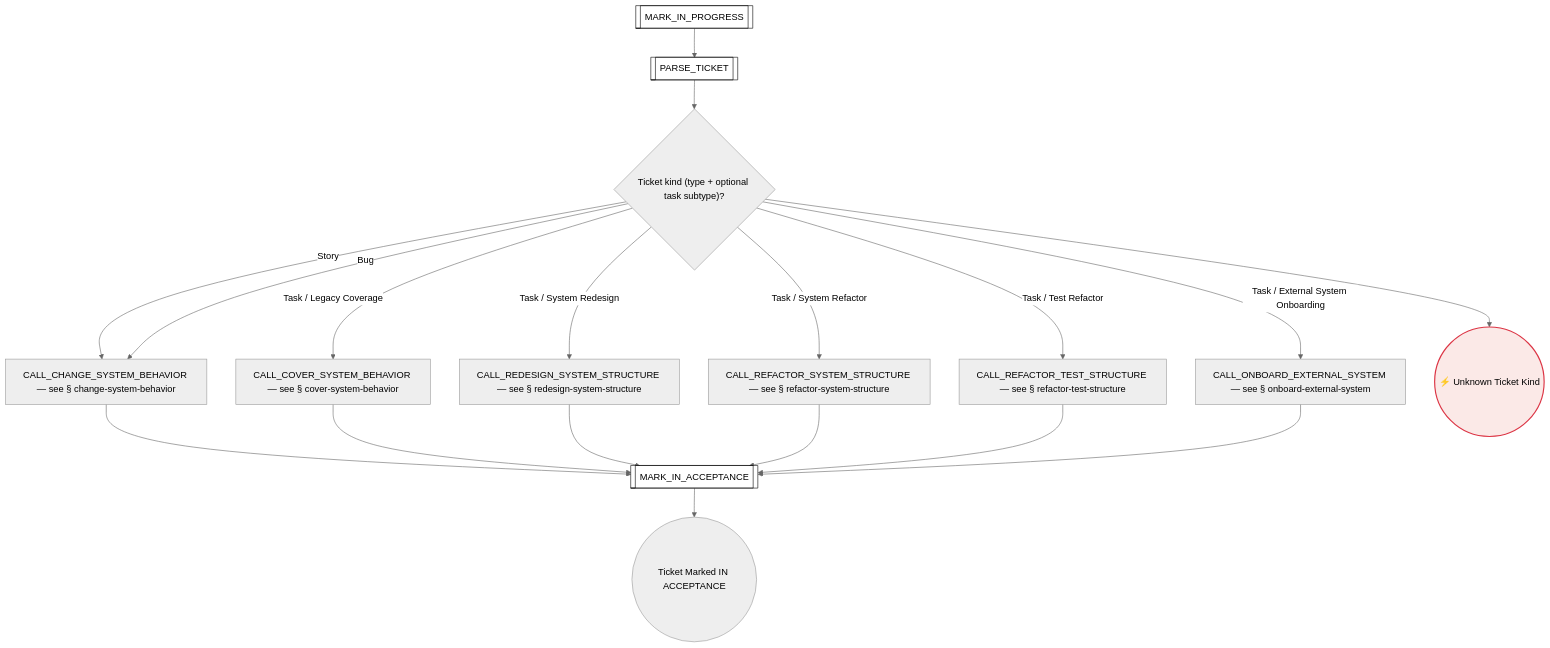
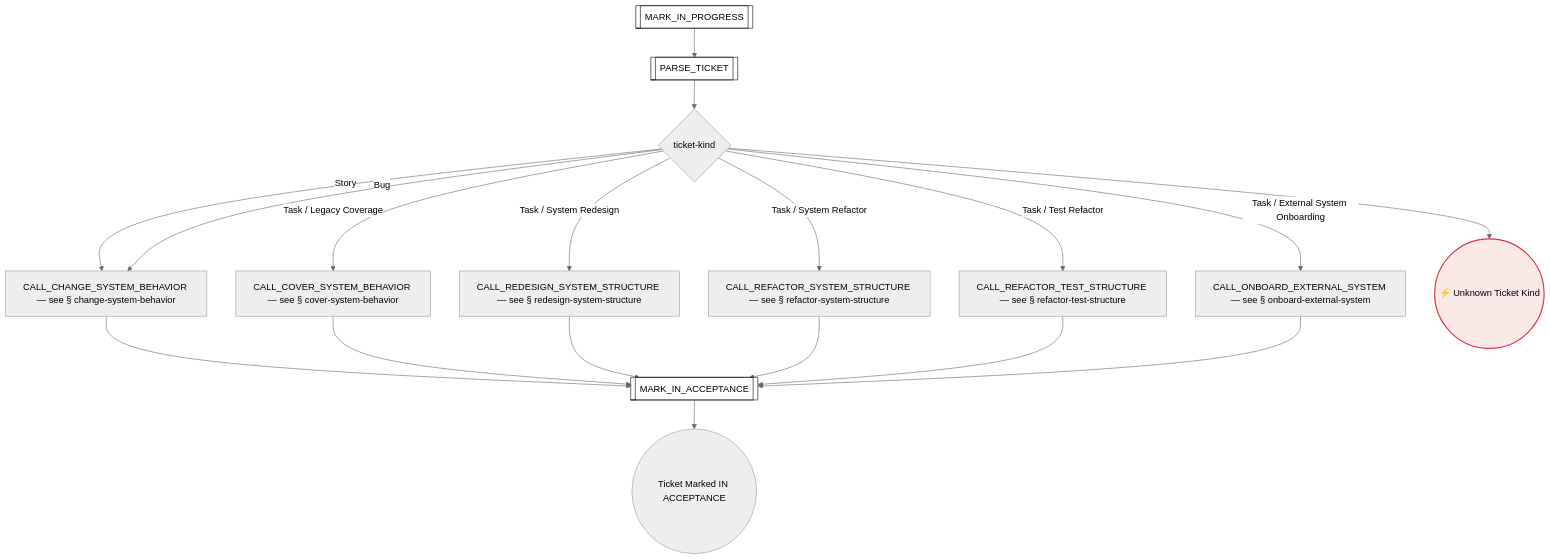
Before and after one commit to optivem/gh-optivem: the fourth of 50 diagrams in docs/process-diagram.md, drawn with Mermaid (neutral theme). The commit also changed other lines of this file and 3 other files, not shown here.

````diff
--- a/docs/process-diagram.md
+++ b/docs/process-diagram.md
@@ -95,39 +95,39 @@
 ```mermaid
 flowchart TD
     CALL_CHANGE_SYSTEM_BEHAVIOR[CALL_CHANGE_SYSTEM_BEHAVIOR — see § change-system-behavior]
     CALL_COVER_SYSTEM_BEHAVIOR[CALL_COVER_SYSTEM_BEHAVIOR — see § cover-system-behavior]
     CALL_ONBOARD_EXTERNAL_SYSTEM[CALL_ONBOARD_EXTERNAL_SYSTEM — see § onboard-external-system]
     CALL_REDESIGN_SYSTEM_STRUCTURE[CALL_REDESIGN_SYSTEM_STRUCTURE — see § redesign-system-structure]
     CALL_REFACTOR_SYSTEM_STRUCTURE[CALL_REFACTOR_SYSTEM_STRUCTURE — see § refactor-system-structure]
     CALL_REFACTOR_TEST_STRUCTURE[CALL_REFACTOR_TEST_STRUCTURE — see § refactor-test-structure]
-    GATE_TICKET_KIND{"Ticket kind (type + optional task subtype)?"}
+    GATE_TICKET_KIND{ticket-kind}
     IMPLEMENT_TICKET_END((Ticket Marked IN ACCEPTANCE))
     MARK_IN_ACCEPTANCE[[MARK_IN_ACCEPTANCE]]
     MARK_IN_PROGRESS[[MARK_IN_PROGRESS]]
     PARSE_TICKET[[PARSE_TICKET]]
     UNKNOWN_TICKET_KIND((⚡ Unknown Ticket Kind))
 
     MARK_IN_PROGRESS --> PARSE_TICKET
     PARSE_TICKET --> GATE_TICKET_KIND
     GATE_TICKET_KIND -- Story --> CALL_CHANGE_SYSTEM_BEHAVIOR
     GATE_TICKET_KIND -- Bug --> CALL_CHANGE_SYSTEM_BEHAVIOR
     GATE_TICKET_KIND -- Task / Legacy Coverage --> CALL_COVER_SYSTEM_BEHAVIOR
     GATE_TICKET_KIND -- Task / System Redesign --> CALL_REDESIGN_SYSTEM_STRUCTURE
     GATE_TICKET_KIND -- Task / System Refactor --> CALL_REFACTOR_SYSTEM_STRUCTURE
     GATE_TICKET_KIND -- Task / Test Refactor --> CALL_REFACTOR_TEST_STRUCTURE
     GATE_TICKET_KIND -- Task / External System Onboarding --> CALL_ONBOARD_EXTERNAL_SYSTEM
     GATE_TICKET_KIND --> UNKNOWN_TICKET_KIND
     CALL_CHANGE_SYSTEM_BEHAVIOR --> MARK_IN_ACCEPTANCE
     CALL_COVER_SYSTEM_BEHAVIOR --> MARK_IN_ACCEPTANCE
     CALL_REDESIGN_SYSTEM_STRUCTURE --> MARK_IN_ACCEPTANCE
     CALL_REFACTOR_SYSTEM_STRUCTURE --> MARK_IN_ACCEPTANCE
     CALL_REFACTOR_TEST_STRUCTURE --> MARK_IN_ACCEPTANCE
     CALL_ONBOARD_EXTERNAL_SYSTEM --> MARK_IN_ACCEPTANCE
     MARK_IN_ACCEPTANCE --> IMPLEMENT_TICKET_END
 
     classDef serviceNode fill:#ffffff,stroke:#000000,stroke-width:1px,color:#000000
     class MARK_IN_ACCEPTANCE,MARK_IN_PROGRESS,PARSE_TICKET serviceNode
 
     classDef errorEndNode fill:#fbe9e7,stroke:#dc3545,stroke-width:2px,color:#000000
     class UNKNOWN_TICKET_KIND errorEndNode
 ```
````
